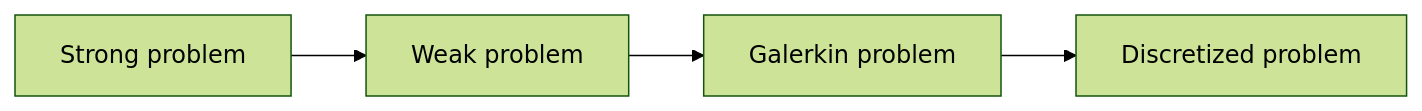
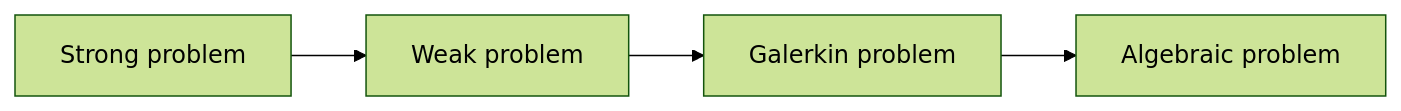
Before and after one commit to titilda/appunti: the diagram in Numerical Methods for Partial Differential Equations/index.md, drawn with Mermaid (forest theme). The commit also changed other lines of this file, not shown here.

````diff
--- a/Numerical Methods for Partial Differential Equations/index.md
+++ b/Numerical Methods for Partial Differential Equations/index.md
@@ -80,9 +80,9 @@
 ```mermaid
 flowchart LR
     id1[Strong problem]
     id2[Weak problem]
     id3[Galerkin problem]
-    id4[Discretized problem]
+    id4[Algebraic problem]
 
     id1-->id2-->id3-->id4
 ```
````
